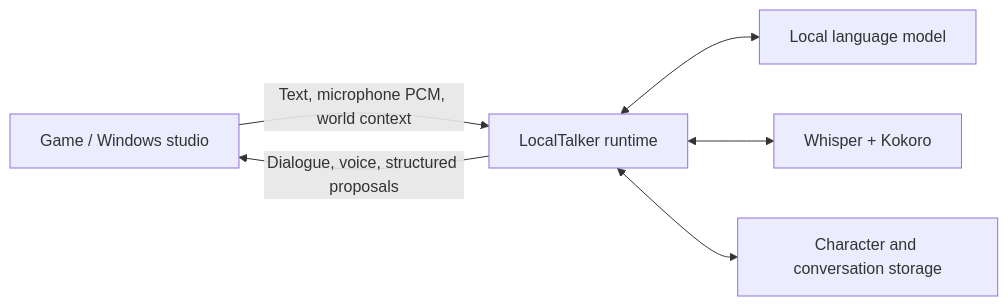
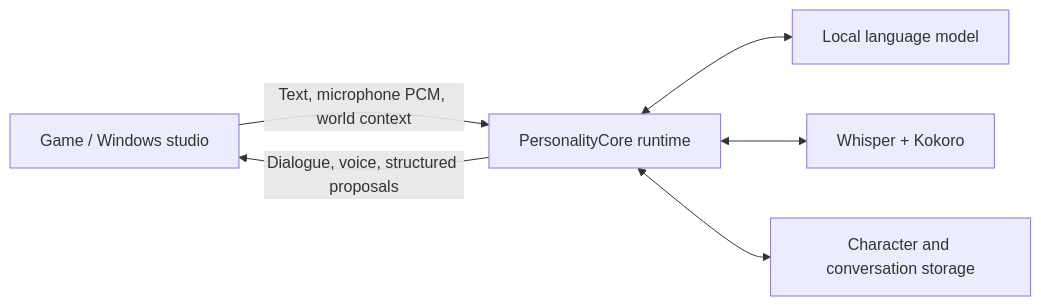
The diagram in README.md (BigOtis/PersonalityCore), drawn with Mermaid before and after one commit. The commit also changed other lines of this file and 43 other files, not shown here.

First line of the commit message:
Rebrand app and framework as PersonalityCore

````diff
--- a/README.md
+++ b/README.md
@@ -70,8 +73,8 @@
 ```mermaid
 flowchart LR
-    Game[Game / Windows studio] -->|Text, microphone PCM, world context| Runtime[LocalTalker runtime]
+    Game[Game / Windows studio] -->|Text, microphone PCM, world context| Runtime[PersonalityCore runtime]
     Runtime <--> LLM[Local language model]
     Runtime <--> Speech[Whisper + Kokoro]
     Runtime <--> History[Character and conversation storage]
     Runtime -->|Dialogue, voice, structured proposals| Game
 ```
````
